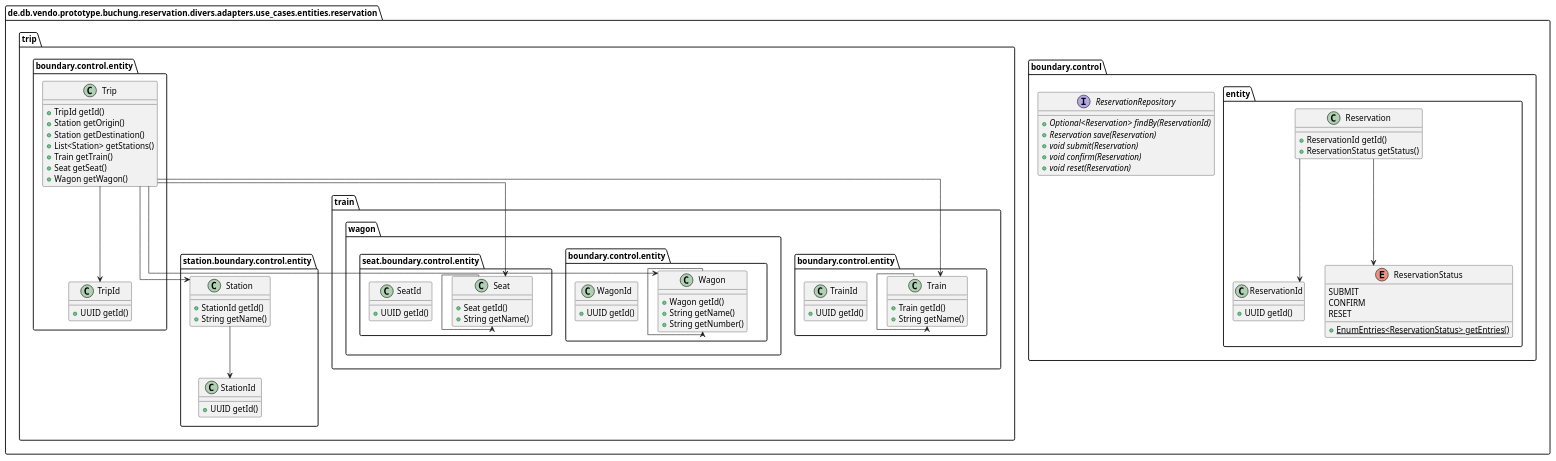
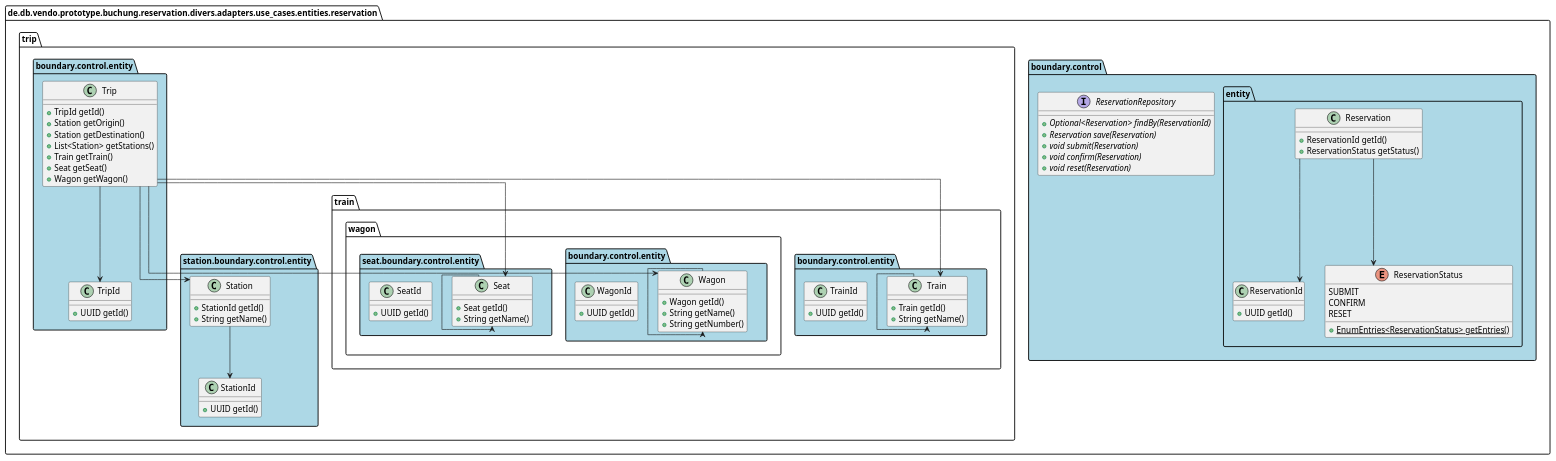
One commit to punkratz312/reservation-proto changed the diagram in doc/uml/puml/er-model.puml. Above: the diagram before and after it, drawn with PlantUML. The commit also changed 12 other files, not shown here.

```diff
--- a/doc/uml/puml/er-model.puml
+++ b/doc/uml/puml/er-model.puml
@@ -1,79 +1,97 @@
 @startuml
 !pragma useIntermediatePackages false
 skinparam linetype ortho
 show stereotype
+package boundary as de.db.vendo.prototype.buchung.reservation.divers.adapters.use_cases.entities.reservation.boundary #lightblue {}
+package control as de.db.vendo.prototype.buchung.reservation.divers.adapters.use_cases.entities.reservation.boundary.control #lightblue {}
+package entity as de.db.vendo.prototype.buchung.reservation.divers.adapters.use_cases.entities.reservation.boundary.control.entity #lightblue {}
+package boundary as de.db.vendo.prototype.buchung.reservation.divers.adapters.use_cases.entities.reservation.trip.boundary #lightblue {}
+package control as de.db.vendo.prototype.buchung.reservation.divers.adapters.use_cases.entities.reservation.trip.boundary.control #lightblue {}
+package entity as de.db.vendo.prototype.buchung.reservation.divers.adapters.use_cases.entities.reservation.trip.boundary.control.entity #lightblue {}
+package boundary as de.db.vendo.prototype.buchung.reservation.divers.adapters.use_cases.entities.reservation.trip.station.boundary #lightblue {}
+package control as de.db.vendo.prototype.buchung.reservation.divers.adapters.use_cases.entities.reservation.trip.station.boundary.control #lightblue {}
+package entity as de.db.vendo.prototype.buchung.reservation.divers.adapters.use_cases.entities.reservation.trip.station.boundary.control.entity #lightblue {}
+package boundary as de.db.vendo.prototype.buchung.reservation.divers.adapters.use_cases.entities.reservation.trip.train.boundary #lightblue {}
+package control as de.db.vendo.prototype.buchung.reservation.divers.adapters.use_cases.entities.reservation.trip.train.boundary.control #lightblue {}
+package entity as de.db.vendo.prototype.buchung.reservation.divers.adapters.use_cases.entities.reservation.trip.train.boundary.control.entity #lightblue {}
+package boundary as de.db.vendo.prototype.buchung.reservation.divers.adapters.use_cases.entities.reservation.trip.train.wagon.boundary #lightblue {}
+package control as de.db.vendo.prototype.buchung.reservation.divers.adapters.use_cases.entities.reservation.trip.train.wagon.boundary.control #lightblue {}
+package entity as de.db.vendo.prototype.buchung.reservation.divers.adapters.use_cases.entities.reservation.trip.train.wagon.boundary.control.entity #lightblue {}
+package boundary as de.db.vendo.prototype.buchung.reservation.divers.adapters.use_cases.entities.reservation.trip.train.wagon.seat.boundary #lightblue {}
+package control as de.db.vendo.prototype.buchung.reservation.divers.adapters.use_cases.entities.reservation.trip.train.wagon.seat.boundary.control #lightblue {}
+package entity as de.db.vendo.prototype.buchung.reservation.divers.adapters.use_cases.entities.reservation.trip.train.wagon.seat.boundary.control.entity #lightblue {}
 
 interface "ReservationRepository" as de.db.vendo.prototype.buchung.reservation.divers.adapters.use_cases.entities.reservation.boundary.control.ReservationRepository {
   + {abstract}Optional<Reservation> findBy(ReservationId)
   + {abstract}Reservation save(Reservation)
   + {abstract}void submit(Reservation)
   + {abstract}void confirm(Reservation)
   + {abstract}void reset(Reservation)
 }
 class "Reservation" as de.db.vendo.prototype.buchung.reservation.divers.adapters.use_cases.entities.reservation.boundary.control.entity.Reservation {
   +ReservationId getId()
   +ReservationStatus getStatus()
 }
 class "ReservationId" as de.db.vendo.prototype.buchung.reservation.divers.adapters.use_cases.entities.reservation.boundary.control.entity.ReservationId {
   +UUID getId()
 }
 enum "ReservationStatus" as de.db.vendo.prototype.buchung.reservation.divers.adapters.use_cases.entities.reservation.boundary.control.entity.ReservationStatus {
   SUBMIT
   CONFIRM
   RESET
   __
   + {static}EnumEntries<ReservationStatus> getEntries()
 }
 class "Trip" as de.db.vendo.prototype.buchung.reservation.divers.adapters.use_cases.entities.reservation.trip.boundary.control.entity.Trip {
   +TripId getId()
   +Station getOrigin()
   +Station getDestination()
   +List<Station> getStations()
   +Train getTrain()
   +Seat getSeat()
   +Wagon getWagon()
 }
 class "TripId" as de.db.vendo.prototype.buchung.reservation.divers.adapters.use_cases.entities.reservation.trip.boundary.control.entity.TripId {
   +UUID getId()
 }
 class "Station" as de.db.vendo.prototype.buchung.reservation.divers.adapters.use_cases.entities.reservation.trip.station.boundary.control.entity.Station {
   +StationId getId()
   +String getName()
 }
 class "StationId" as de.db.vendo.prototype.buchung.reservation.divers.adapters.use_cases.entities.reservation.trip.station.boundary.control.entity.StationId {
   +UUID getId()
 }
 class "Train" as de.db.vendo.prototype.buchung.reservation.divers.adapters.use_cases.entities.reservation.trip.train.boundary.control.entity.Train {
   +Train getId()
   +String getName()
 }
 class "TrainId" as de.db.vendo.prototype.buchung.reservation.divers.adapters.use_cases.entities.reservation.trip.train.boundary.control.entity.TrainId {
   +UUID getId()
 }
 class "Wagon" as de.db.vendo.prototype.buchung.reservation.divers.adapters.use_cases.entities.reservation.trip.train.wagon.boundary.control.entity.Wagon {
   +Wagon getId()
   +String getName()
   +String getNumber()
 }
 class "WagonId" as de.db.vendo.prototype.buchung.reservation.divers.adapters.use_cases.entities.reservation.trip.train.wagon.boundary.control.entity.WagonId {
   +UUID getId()
 }
 class "Seat" as de.db.vendo.prototype.buchung.reservation.divers.adapters.use_cases.entities.reservation.trip.train.wagon.seat.boundary.control.entity.Seat {
   +Seat getId()
   +String getName()
 }
 class "SeatId" as de.db.vendo.prototype.buchung.reservation.divers.adapters.use_cases.entities.reservation.trip.train.wagon.seat.boundary.control.entity.SeatId {
   +UUID getId()
 }
 de.db.vendo.prototype.buchung.reservation.divers.adapters.use_cases.entities.reservation.boundary.control.entity.Reservation --> de.db.vendo.prototype.buchung.reservation.divers.adapters.use_cases.entities.reservation.boundary.control.entity.ReservationId
 de.db.vendo.prototype.buchung.reservation.divers.adapters.use_cases.entities.reservation.boundary.control.entity.Reservation --> de.db.vendo.prototype.buchung.reservation.divers.adapters.use_cases.entities.reservation.boundary.control.entity.ReservationStatus
 de.db.vendo.prototype.buchung.reservation.divers.adapters.use_cases.entities.reservation.trip.boundary.control.entity.Trip --> de.db.vendo.prototype.buchung.reservation.divers.adapters.use_cases.entities.reservation.trip.boundary.control.entity.TripId
 de.db.vendo.prototype.buchung.reservation.divers.adapters.use_cases.entities.reservation.trip.boundary.control.entity.Trip --> de.db.vendo.prototype.buchung.reservation.divers.adapters.use_cases.entities.reservation.trip.station.boundary.control.entity.Station
 de.db.vendo.prototype.buchung.reservation.divers.adapters.use_cases.entities.reservation.trip.boundary.control.entity.Trip --> de.db.vendo.prototype.buchung.reservation.divers.adapters.use_cases.entities.reservation.trip.train.wagon.seat.boundary.control.entity.Seat
 de.db.vendo.prototype.buchung.reservation.divers.adapters.use_cases.entities.reservation.trip.boundary.control.entity.Trip --> de.db.vendo.prototype.buchung.reservation.divers.adapters.use_cases.entities.reservation.trip.train.boundary.control.entity.Train
 de.db.vendo.prototype.buchung.reservation.divers.adapters.use_cases.entities.reservation.trip.boundary.control.entity.Trip --> de.db.vendo.prototype.buchung.reservation.divers.adapters.use_cases.entities.reservation.trip.train.wagon.boundary.control.entity.Wagon
 de.db.vendo.prototype.buchung.reservation.divers.adapters.use_cases.entities.reservation.trip.station.boundary.control.entity.Station --> de.db.vendo.prototype.buchung.reservation.divers.adapters.use_cases.entities.reservation.trip.station.boundary.control.entity.StationId
 de.db.vendo.prototype.buchung.reservation.divers.adapters.use_cases.entities.reservation.trip.train.boundary.control.entity.Train --> de.db.vendo.prototype.buchung.reservation.divers.adapters.use_cases.entities.reservation.trip.train.boundary.control.entity.Train
 de.db.vendo.prototype.buchung.reservation.divers.adapters.use_cases.entities.reservation.trip.train.wagon.boundary.control.entity.Wagon --> de.db.vendo.prototype.buchung.reservation.divers.adapters.use_cases.entities.reservation.trip.train.wagon.boundary.control.entity.Wagon
 de.db.vendo.prototype.buchung.reservation.divers.adapters.use_cases.entities.reservation.trip.train.wagon.seat.boundary.control.entity.Seat --> de.db.vendo.prototype.buchung.reservation.divers.adapters.use_cases.entities.reservation.trip.train.wagon.seat.boundary.control.entity.Seat
 @enduml
```
